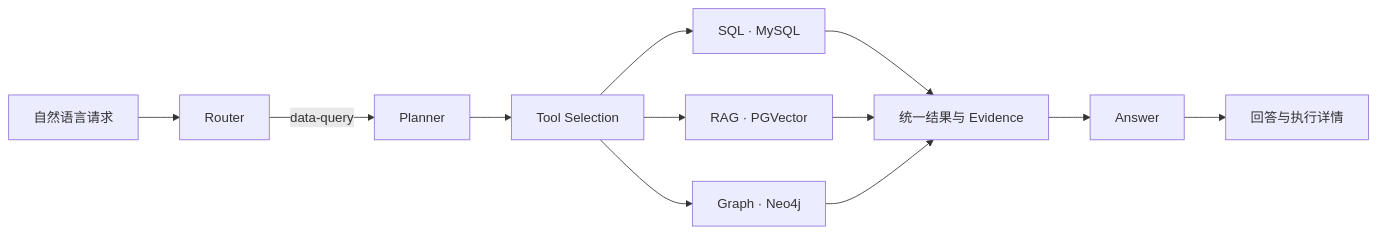
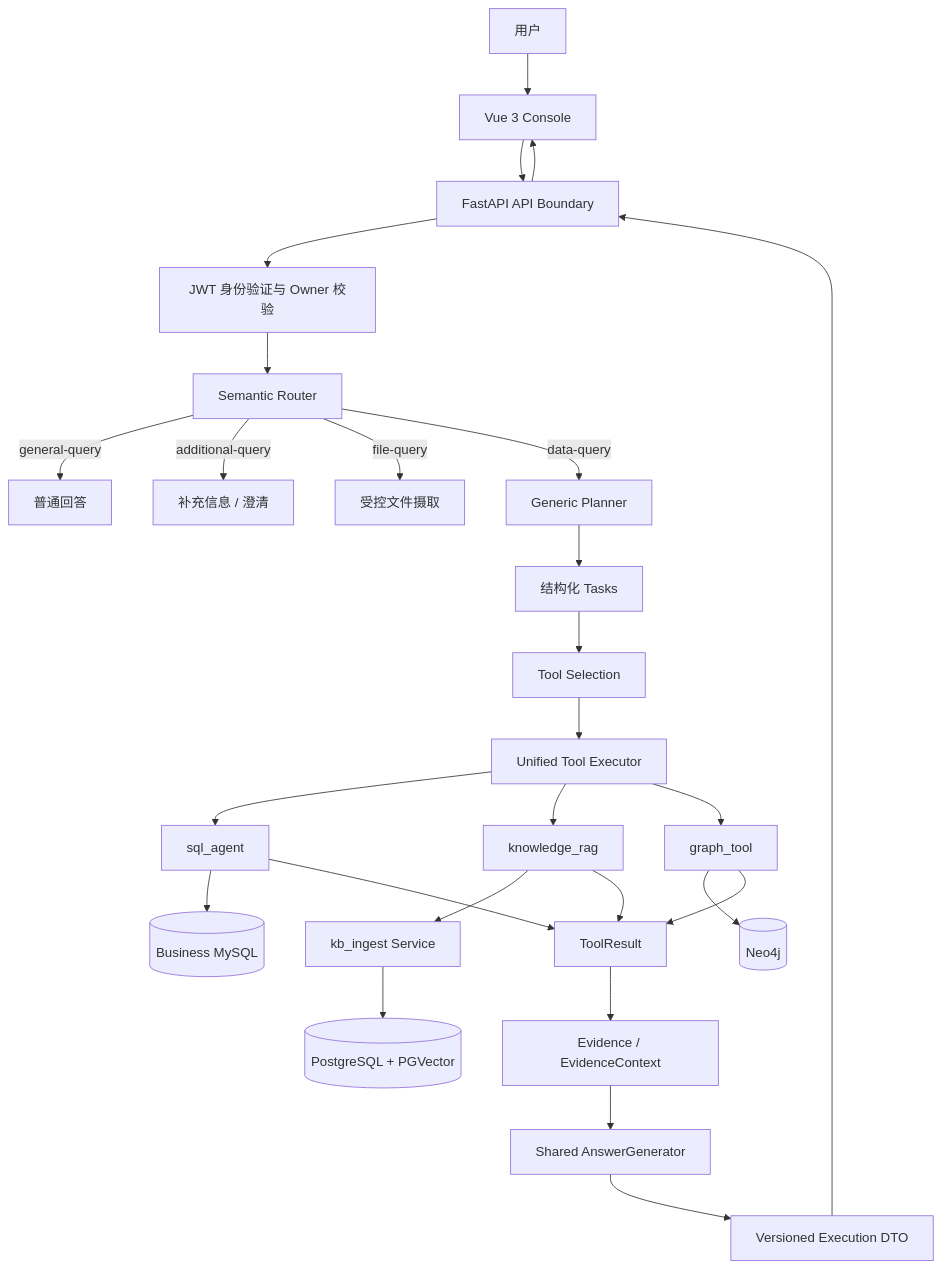
Before and after one commit to YingliaoO/langgraph-data-agent: the diagram in README.md, drawn with Mermaid. The commit also changed other lines of this file and 3 other files, not shown here.

````diff
--- a/README.md
+++ b/README.md
@@ -29,14 +29,34 @@
-```mermaid
-flowchart LR
-    Q[自然语言请求] --> R[Router]
-    R -->|data-query| P[Planner]
-    P --> S[Tool Selection]
-    S --> SQL[SQL · MySQL]
-    S --> RAG[RAG · PGVector]
-    S --> G[Graph · Neo4j]
-    SQL --> E[统一结果与 Evidence]
-    RAG --> E
-    G --> E
-    E --> A[Answer]
-    A --> O[回答与执行详情]
+``` mermaid
+flowchart TB
+    U[用户] --> UI[Vue 3 Console]
+    UI --> API[FastAPI API Boundary]
+    API --> AUTH[JWT 身份验证与 Owner 校验]
+    AUTH --> ROUTER[Semantic Router]
+
+    ROUTER -->|general-query| GENERAL[普通回答]
+    ROUTER -->|additional-query| CLARIFY[补充信息 / 澄清]
+    ROUTER -->|file-query| INGEST[受控文件摄取]
+    ROUTER -->|data-query| PLANNER[Generic Planner]
+
+    PLANNER --> TASKS[结构化 Tasks]
+    TASKS --> SELECTOR[Tool Selection]
+    SELECTOR --> EXECUTOR[Unified Tool Executor]
+
+    EXECUTOR --> SQL[sql_agent]
+    EXECUTOR --> RAG[knowledge_rag]
+    EXECUTOR --> GRAPH[graph_tool]
+
+    SQL --> MYSQL[(Business MySQL)]
+    RAG --> KB[kb_ingest Service]
+    KB --> PG[(PostgreSQL + PGVector)]
+    GRAPH --> NEO[(Neo4j)]
+
+    SQL --> RESULT[ToolResult]
+    RAG --> RESULT
+    GRAPH --> RESULT
+    RESULT --> EVIDENCE[Evidence / EvidenceContext]
+    EVIDENCE --> ANSWER[Shared AnswerGenerator]
+    ANSWER --> DTO[Versioned Execution DTO]
+    DTO --> API
+    API --> UI
 ```
````
